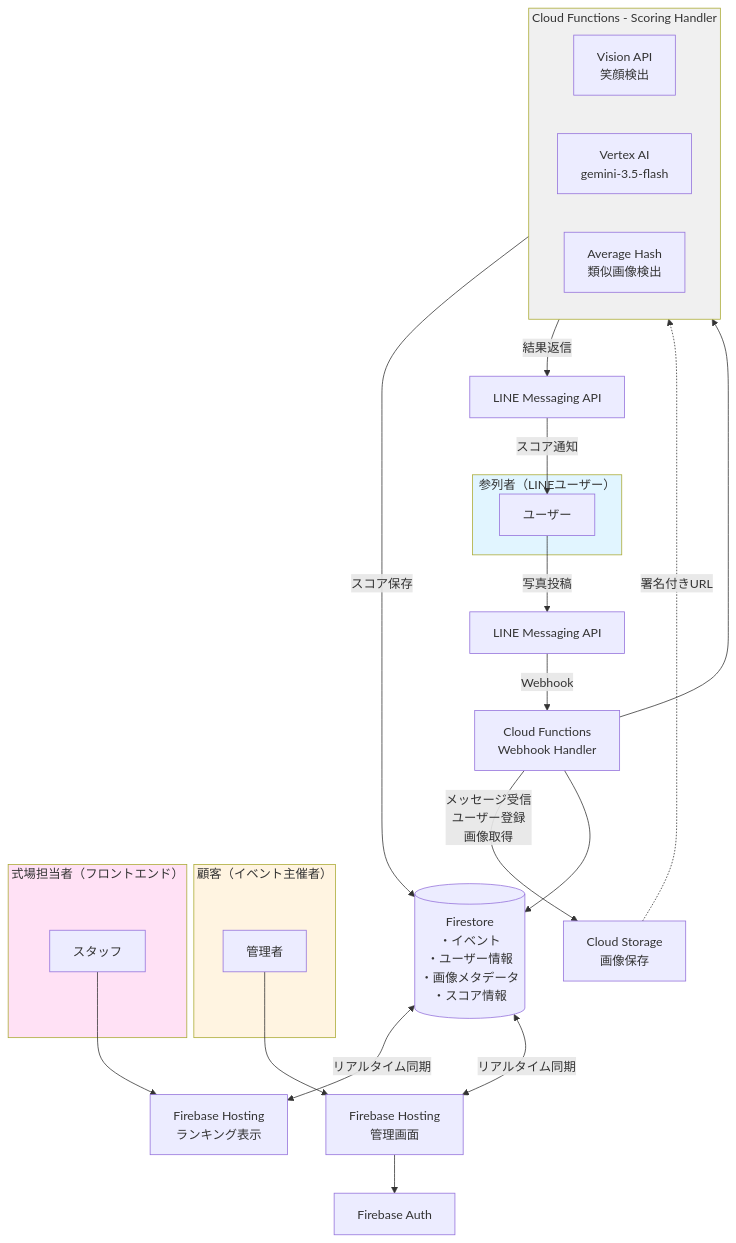
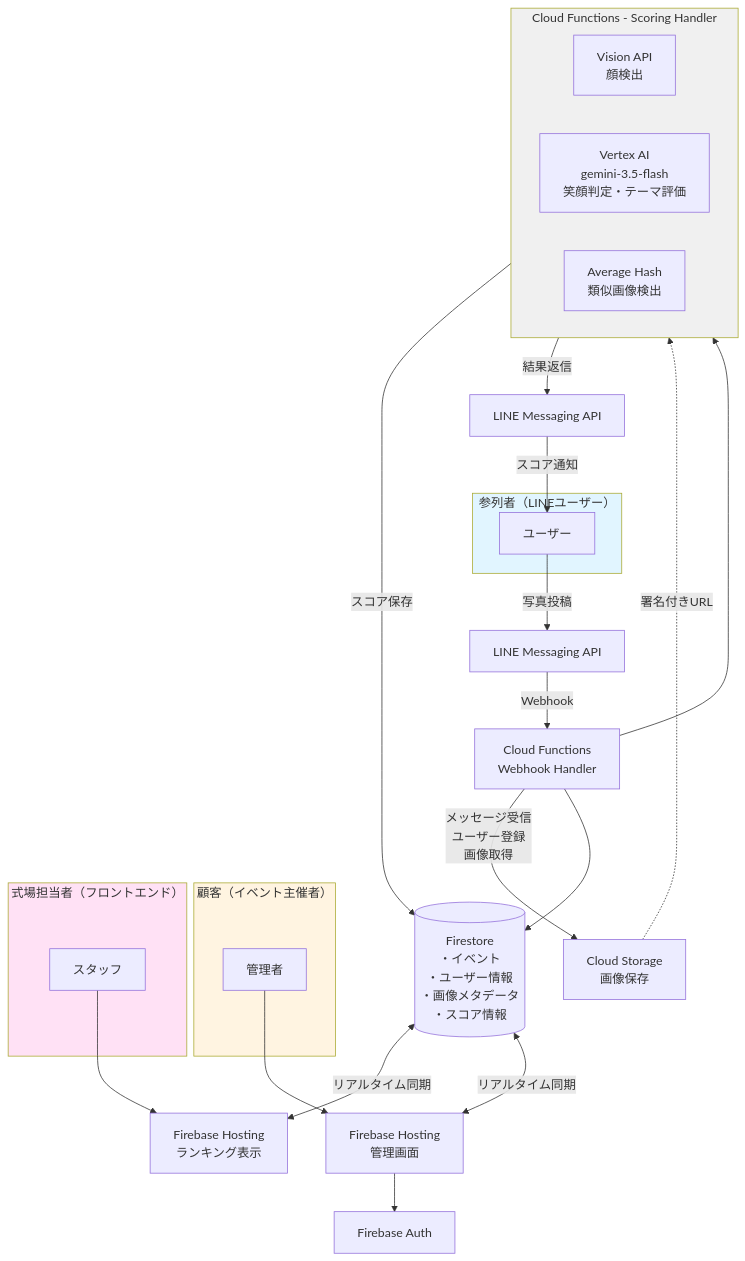
One commit to nakayamaryo0731/wedding_smile_catcher changed the first of 3 diagrams in docs/architecture/overview.md. Above: the diagram before and after it, drawn with Mermaid. The commit also changed other lines of this file and 6 other files, not shown here.

Commit message:
docs: describe smile detection with Gemini after Vision joy likelihood deprecation (#628)

````diff
--- a/docs/architecture/overview.md
+++ b/docs/architecture/overview.md
@@ -5,45 +5,45 @@
 ```mermaid
 graph TB
     subgraph guests["参列者（LINEユーザー）"]
         User[ユーザー]
     end
 
     User -->|写真投稿| LINE1[LINE Messaging API]
 
     LINE1 -->|Webhook| WebhookFunc[Cloud Functions<br/>Webhook Handler]
 
     WebhookFunc -->|メッセージ受信<br/>ユーザー登録<br/>画像取得| Storage[Cloud Storage<br/>画像保存]
     WebhookFunc --> Firestore[(Firestore<br/>・イベント<br/>・ユーザー情報<br/>・画像メタデータ<br/>・スコア情報)]
     WebhookFunc --> ScoringFunc
 
     subgraph ScoringFunc[Cloud Functions - Scoring Handler]
-        Vision[Vision API<br/>笑顔検出]
-        VertexAI[Vertex AI<br/>gemini-3.5-flash]
+        Vision[Vision API<br/>顔検出]
+        VertexAI[Vertex AI<br/>gemini-3.5-flash<br/>笑顔判定・テーマ評価]
         AvgHash[Average Hash<br/>類似画像検出]
     end
 
     Storage -.署名付きURL.-> ScoringFunc
     ScoringFunc -->|スコア保存| Firestore
     ScoringFunc -->|結果返信| LINE2[LINE Messaging API]
     LINE2 -->|スコア通知| User
 
     subgraph customer["顧客（イベント主催者）"]
         Admin[管理者]
     end
 
     subgraph frontend["式場担当者（フロントエンド）"]
         Staff[スタッフ]
     end
 
     Admin --> AdminPanel[Firebase Hosting<br/>管理画面]
     Staff --> RankingPage[Firebase Hosting<br/>ランキング表示]
 
     AdminPanel --> FirebaseAuth[Firebase Auth]
     Firestore <-->|リアルタイム同期| RankingPage
     Firestore <-->|リアルタイム同期| AdminPanel
 
     style guests fill:#e1f5ff
     style customer fill:#fff4e1
     style frontend fill:#ffe1f5
     style ScoringFunc fill:#f0f0f0
 ```
````
